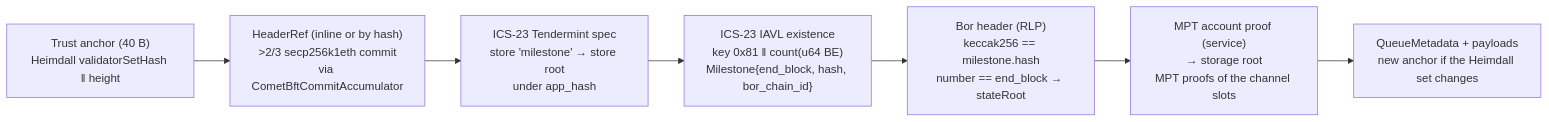
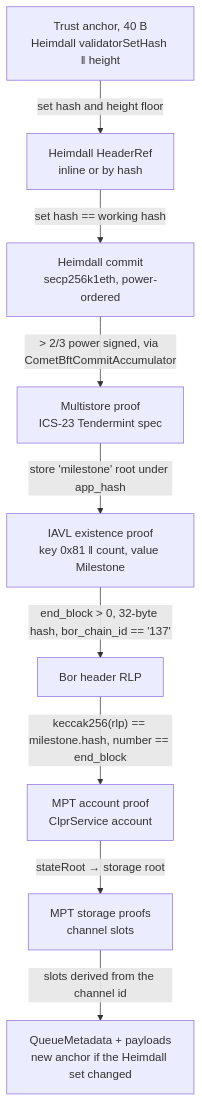
The first of 2 diagrams in src/verifiers/evm/polygon/README.md (shayansal/clpr-smart-contracts), drawn with Mermaid before and after one commit. The commit also changed other lines of this file and 3 other files, not shown here.

First line of the commit message:
docs(cometbft): bring the CometBFT-family READMEs to the README standard

````diff
--- a/src/verifiers/evm/polygon/README.md
+++ b/src/verifiers/evm/polygon/README.md
@@ -48,9 +26,20 @@
 ```mermaid
-flowchart LR
-    A["Trust anchor (40 B)<br/>Heimdall validatorSetHash ‖ height"] --> H["HeaderRef (inline or by hash)<br/>>2/3 secp256k1eth commit<br/>via CometBftCommitAccumulator"]
-    H --> M["ICS-23 Tendermint spec<br/>store 'milestone' → store root<br/>under app_hash"]
-    M --> L["ICS-23 IAVL existence<br/>key 0x81 ‖ count(u64 BE)<br/>Milestone{end_block, hash, bor_chain_id}"]
-    L --> B["Bor header (RLP)<br/>keccak256 == milestone.hash<br/>number == end_block → stateRoot"]
-    B --> S["MPT account proof (service)<br/>→ storage root<br/>MPT proofs of the channel slots"]
-    S --> Q["QueueMetadata + payloads<br/>new anchor if the Heimdall set changes"]
+flowchart TD
+    A["Trust anchor, 40 B<br/>Heimdall validatorSetHash ‖ height"]
+    H["Heimdall HeaderRef<br/>inline or by hash"]
+    C["Heimdall commit<br/>secp256k1eth, power-ordered"]
+    M["Multistore proof<br/>ICS-23 Tendermint spec"]
+    L["IAVL existence proof<br/>key 0x81 ‖ count, value Milestone"]
+    B["Bor header RLP"]
+    P["MPT account proof<br/>ClprService account"]
+    S["MPT storage proofs<br/>channel slots"]
+    Q["QueueMetadata + payloads<br/>new anchor if the Heimdall set changed"]
+    A -->|"set hash and height floor"| H
+    H -->|"set hash == working hash"| C
+    C -->|"> 2/3 power signed, via CometBftCommitAccumulator"| M
+    M -->|"store 'milestone' root under app_hash"| L
+    L -->|"end_block > 0, 32-byte hash, bor_chain_id == '137'"| B
+    B -->|"keccak256(rlp) == milestone.hash, number == end_block"| P
+    P -->|"stateRoot → storage root"| S
+    S -->|"slots derived from the channel id"| Q
 ```
````
